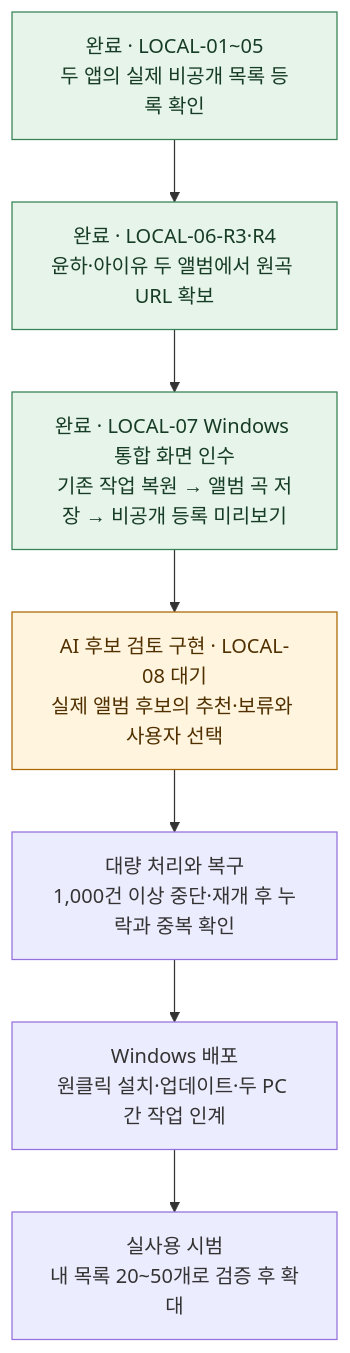
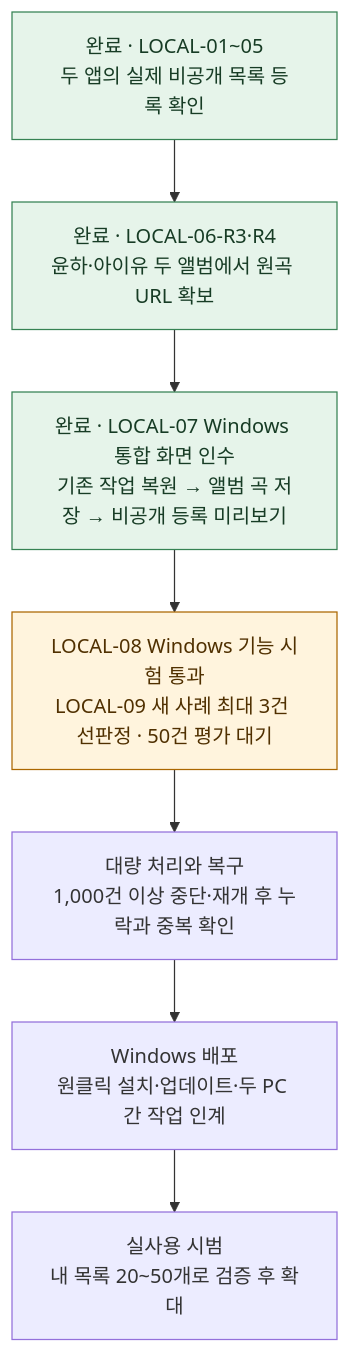
Before and after one commit to junis2002/Youtube_Playlist: the diagram in ROADMAP.md, drawn with Mermaid. The commit also changed other lines of this file and 6 other files, not shown here.

````diff
--- a/ROADMAP.md
+++ b/ROADMAP.md
@@ -3,17 +3,17 @@
 ```mermaid
 flowchart TB
     A["완료 · LOCAL-01~05<br/>두 앱의 실제 비공개 목록 등록 확인"]
     B["완료 · LOCAL-06-R3·R4<br/>윤하·아이유 두 앨범에서 원곡 URL 확보"]
     F["완료 · LOCAL-07 Windows 통합 화면 인수<br/>기존 작업 복원 → 앨범 곡 저장 → 비공개 등록 미리보기"]
-    G["AI 후보 검토 구현 · LOCAL-08 대기<br/>실제 앨범 후보의 추천·보류와 사용자 선택"]
+    G["LOCAL-08 Windows 기능 시험 통과<br/>LOCAL-09 새 사례 최대 3건 선판정 · 50건 평가 대기"]
     H["대량 처리와 복구<br/>1,000건 이상 중단·재개 후 누락과 중복 확인"]
     I["Windows 배포<br/>원클릭 설치·업데이트·두 PC 간 작업 인계"]
     J["실사용 시범<br/>내 목록 20~50개로 검증 후 확대"]
 
     A --> B --> F --> G --> H --> I --> J
 
     classDef done fill:#e6f4ea,stroke:#368253,color:#173c25
     classDef next fill:#fff4dd,stroke:#ab6700,color:#503000
     class A,B,F done
     class G next
 ```
````
